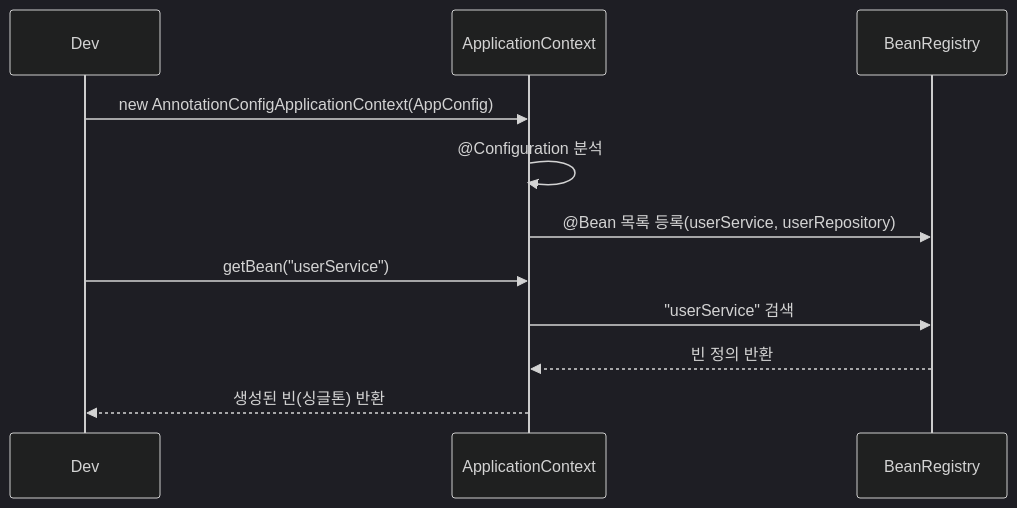
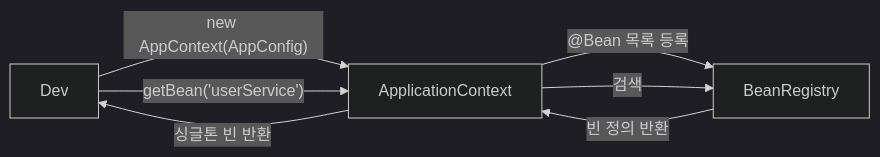
Before and after one commit to yjkim2015/yjkim2015.github.io: the fourth of 4 diagrams in _posts/spring/2022-06-16-제어의역전.md, drawn with Mermaid (dark theme). The commit also changed 32 other files, not shown here.

First line of the commit message:
sequenceDiagram 82개 → graph LR 변환 완료

````diff
--- a/_posts/spring/2022-06-16-제어의역전.md
+++ b/_posts/spring/2022-06-16-제어의역전.md
@@ -201,13 +201,9 @@
 ```mermaid
-sequenceDiagram
-    participant D as Dev
-    participant AC as ApplicationContext
-    participant BL as BeanRegistry
-    D->>AC: new AnnotationConfigApplicationContext(AppConfig)
-    AC->>AC: @Configuration 분석
-    AC->>BL: @Bean 목록 등록(userService, userRepository)
-    D->>AC: getBean("userService")
-    AC->>BL: "userService" 검색
-    BL-->>AC: 빈 정의 반환
-    AC-->>D: 생성된 빈(싱글톤) 반환
+graph LR
+    D["Dev"] -->|"new AppContext(AppConfig)"| AC["ApplicationContext"]
+    AC -->|"@Bean 목록 등록"| BL["BeanRegistry"]
+    D -->|"getBean('userService')"| AC
+    AC -->|"검색"| BL
+    BL -->|"빈 정의 반환"| AC
+    AC -->|"싱글톤 빈 반환"| D
 ```
````
